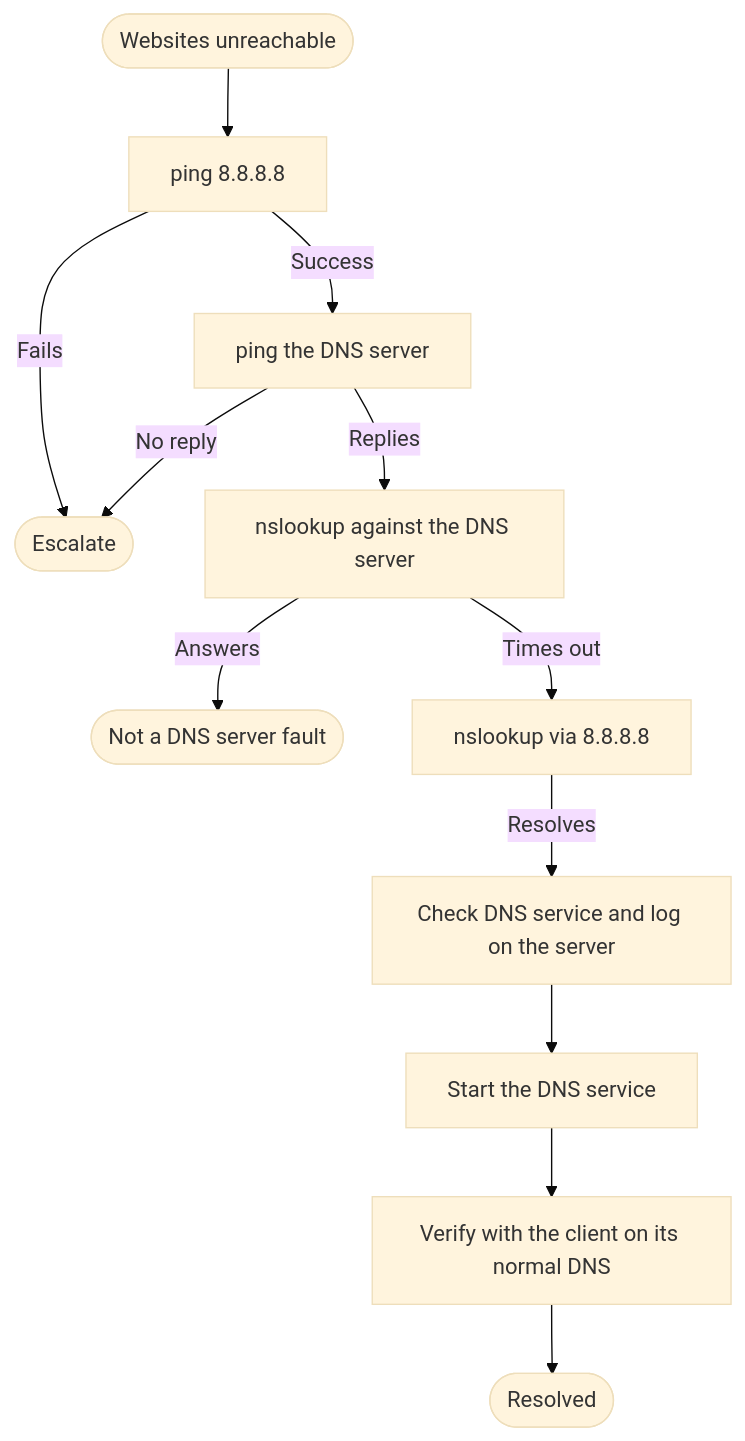
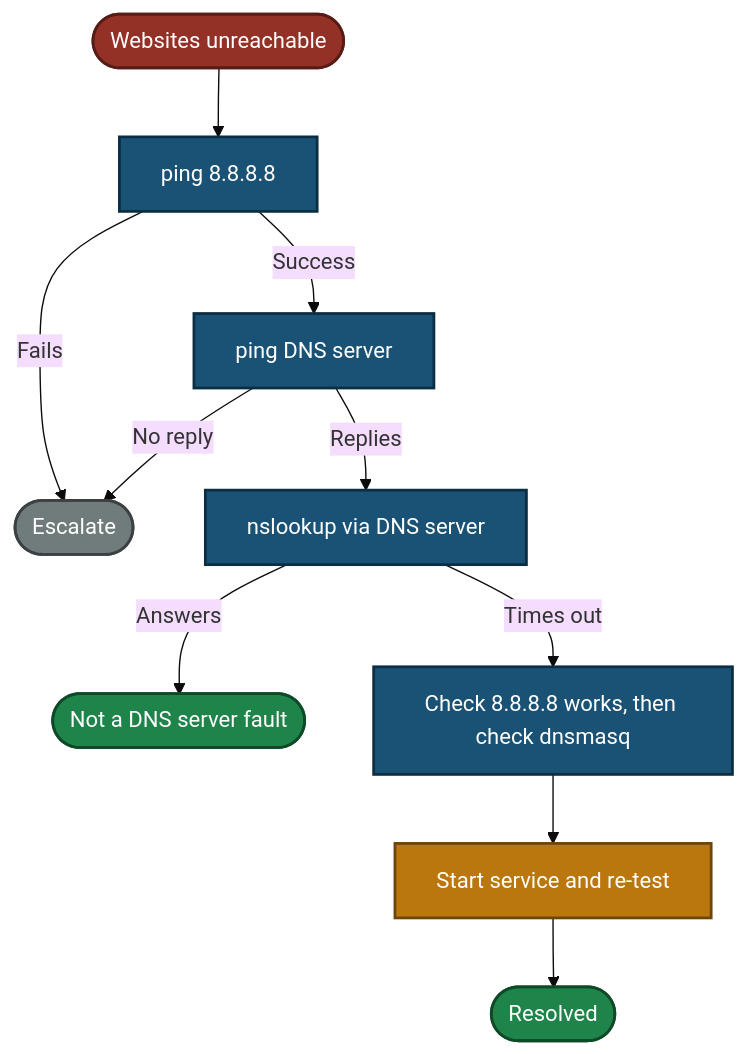
One commit to malaika-azhar/Customer-Tech-Support-Portfolio changed the fifth of 5 diagrams in 02-Ticket-simulations/02.1-DNS-Ticket.md. Above: the diagram before and after it, drawn with Mermaid (base theme). The commit also changed other lines of this file, not shown here.

````diff
--- a/02-Ticket-simulations/02.1-DNS-Ticket.md
+++ b/02-Ticket-simulations/02.1-DNS-Ticket.md
@@ -417,14 +445,22 @@
 ```mermaid
 flowchart TD
     Start(["Websites unreachable"]) --> A["ping 8.8.8.8"]
     A -->|Fails| N(["Escalate"])
-    A -->|Success| C["ping the DNS server"]
+    A -->|Success| C["ping DNS server"]
     C -->|No reply| N
-    C -->|Replies| D["nslookup against the DNS server"]
+    C -->|Replies| D["nslookup via DNS server"]
     D -->|Answers| X(["Not a DNS server fault"])
-    D -->|Times out| E["nslookup via 8.8.8.8"]
-    E -->|Resolves| F["Check DNS service and log on the server"]
-    F --> G["Start the DNS service"]
-    G --> H["Verify with the client on its normal DNS"]
-    H --> End1(["Resolved"])
+    D -->|Times out| E["Check 8.8.8.8 works, then check dnsmasq"]
+    E --> F["Start service and re-test"]
+    F --> End1(["Resolved"])
+    classDef blue fill:#1A5276,stroke:#0B2E43,stroke-width:2px,color:#FFFFFF;
+    classDef red fill:#943126,stroke:#571C16,stroke-width:2px,color:#FFFFFF;
+    classDef orange fill:#B9770E,stroke:#6E4409,stroke-width:2px,color:#FFFFFF;
+    classDef okgreen fill:#1E8449,stroke:#0E4A28,stroke-width:2px,color:#FFFFFF;
+    classDef gray fill:#707B7C,stroke:#3B4142,stroke-width:2px,color:#FFFFFF;
+    class Start red;
+    class A,C,D,E blue;
+    class F orange;
+    class End1,X okgreen;
+    class N gray;
 ```
````
